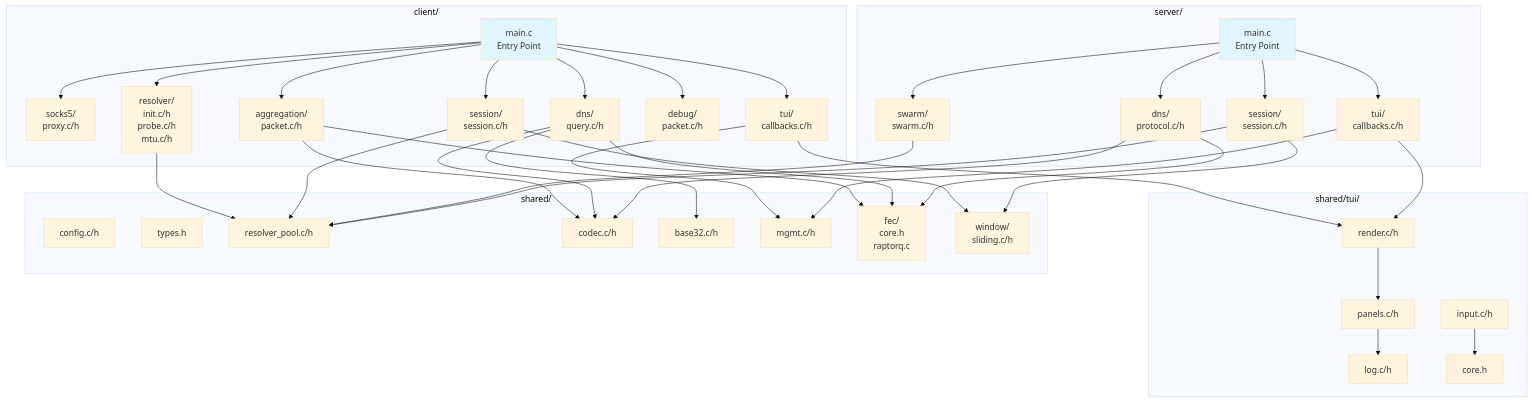
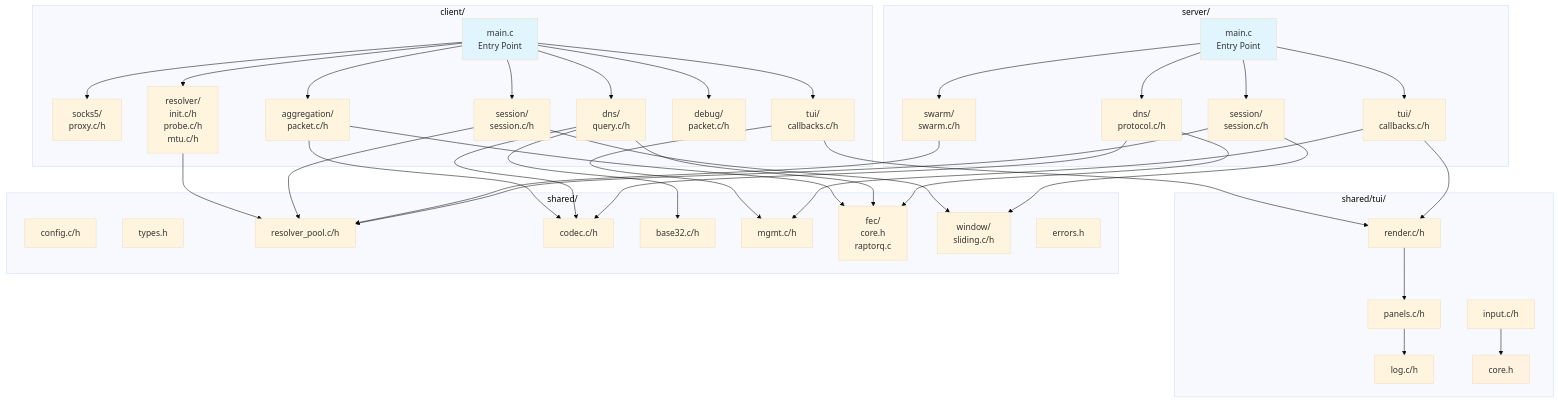
The diagram in plans/refactoring_plan.md (bahramiem/qnsdns), drawn with Mermaid (base theme) before and after one commit. The commit also changed other lines of this file, not shown here.

```diff
--- a/plans/refactoring_plan.md
+++ b/plans/refactoring_plan.md
@@ -124,6 +129,7 @@
         Sh_Mgmt["mgmt.c/h"]
         Sh_FEC["fec/<br/>core.h<br/>raptorq.c"]
         Sh_Window["window/<br/>sliding.c/h"]
+        Sh_Errors["errors.h"]
     end
 
     SM --> S_Session
```
